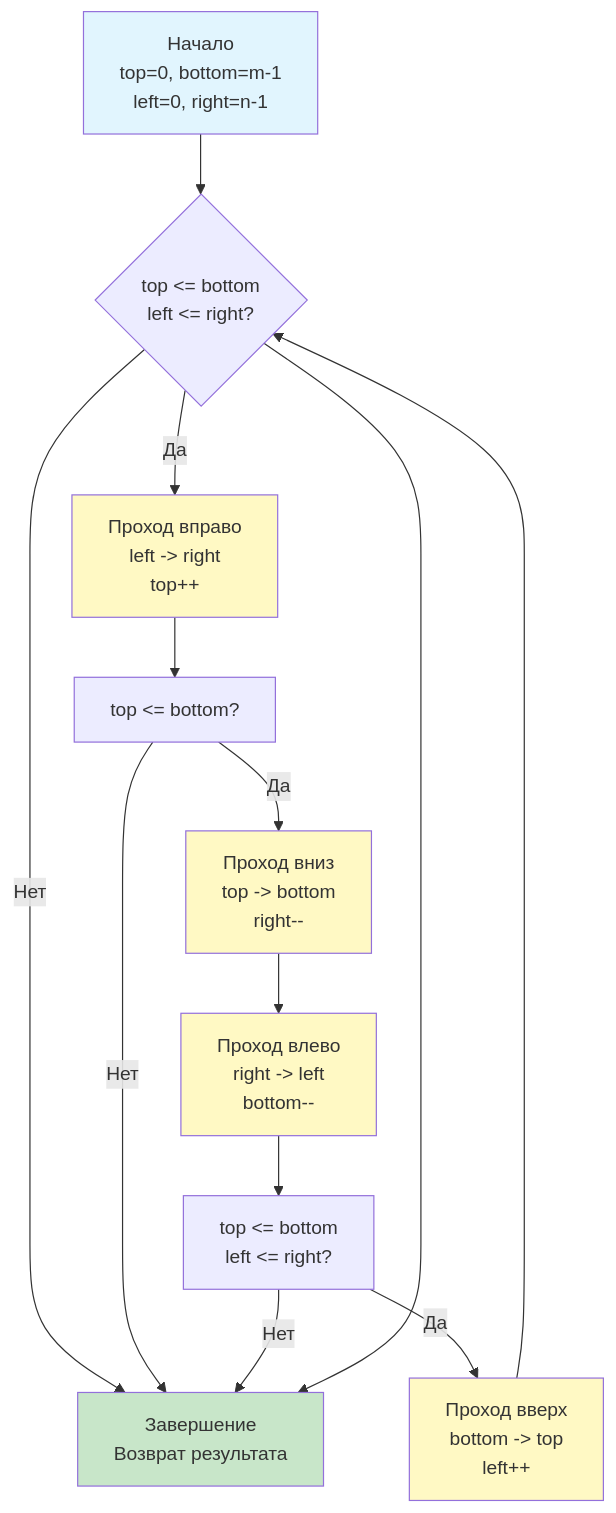
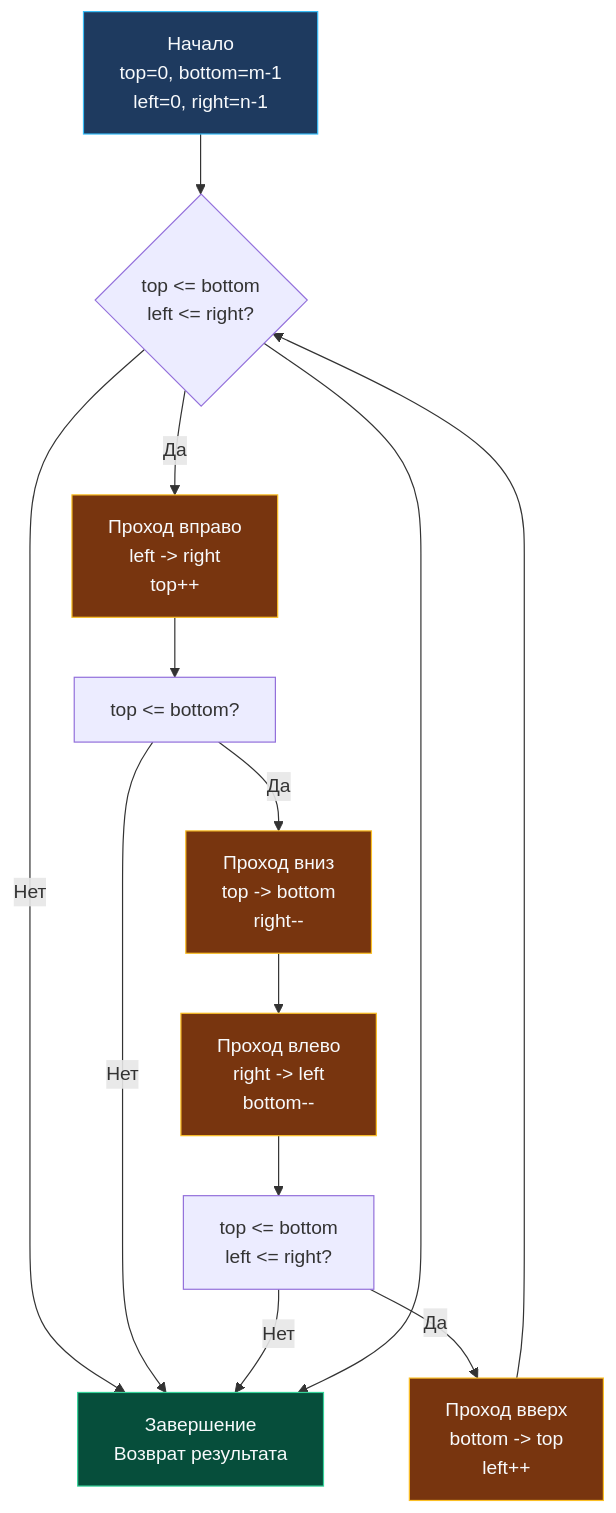
The diagram in sources/21. Задачи с LeetCode и собеседований на Go/02. Задачи/24. Матрицы и grid задачи/5. Spiral Matrix.md (UnrealTemplier/go-textbook), drawn with Mermaid before and after one commit. The commit also changed 310 other files, not shown here.

First line of the commit message:
fix(mermaid): replace light fill colors with dark palette for readability on dark theme

````diff
--- a/sources/21. Задачи с LeetCode и собеседований на Go/02. Задачи/24. Матрицы и grid задачи/5. Spiral Matrix.md
+++ b/sources/21. Задачи с LeetCode и собеседований на Go/02. Задачи/24. Матрицы и grid задачи/5. Spiral Matrix.md
@@ -11,27 +11,27 @@
 ```mermaid
 flowchart TD
   Init["Начало<br>top=0, bottom=m-1<br>left=0, right=n-1"] --> Check{"top <= bottom<br>left <= right?"}
   
   Check -- "Нет" --> End["Завершение<br>Возврат результата"]
   Check -- "Да" --> Right["Проход вправо<br>left -> right<br>top++"]
   
   Right --> Check2["top <= bottom?"]
   Check2 -- "Да" --> Down["Проход вниз<br>top -> bottom<br>right--"]
   Check2 -- "Нет" --> End
   
   Down --> Left["Проход влево<br>right -> left<br>bottom--"]
   
   Left --> Check3["top <= bottom<br>left <= right?"]
   Check3 -- "Да" --> Up["Проход вверх<br>bottom -> top<br>left++"]
   Check3 -- "Нет" --> End
   
   Up --> Check
   Check --> End
 
-  style Init fill:#e1f5fe
-  style End fill:#c8e6c9
-  style Right fill:#fff9c4
-  style Down fill:#fff9c4
-  style Left fill:#fff9c4
-  style Up fill:#fff9c4
+  style Init fill:#1e3a5f,stroke:#38bdf8,color:#f8fafc
+  style End fill:#064e3b,stroke:#34d399,color:#f8fafc
+  style Right fill:#78350f,stroke:#fbbf24,color:#f8fafc
+  style Down fill:#78350f,stroke:#fbbf24,color:#f8fafc
+  style Left fill:#78350f,stroke:#fbbf24,color:#f8fafc
+  style Up fill:#78350f,stroke:#fbbf24,color:#f8fafc
 ```
````
